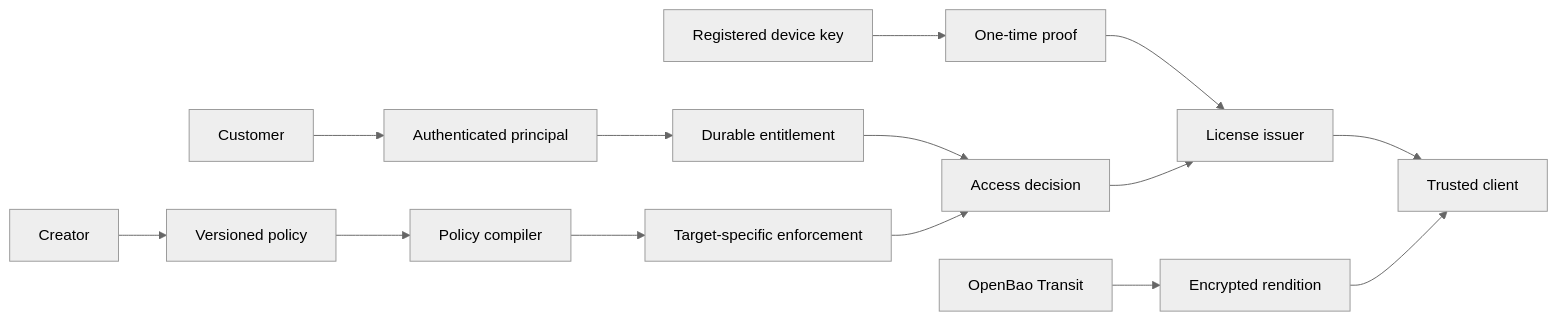
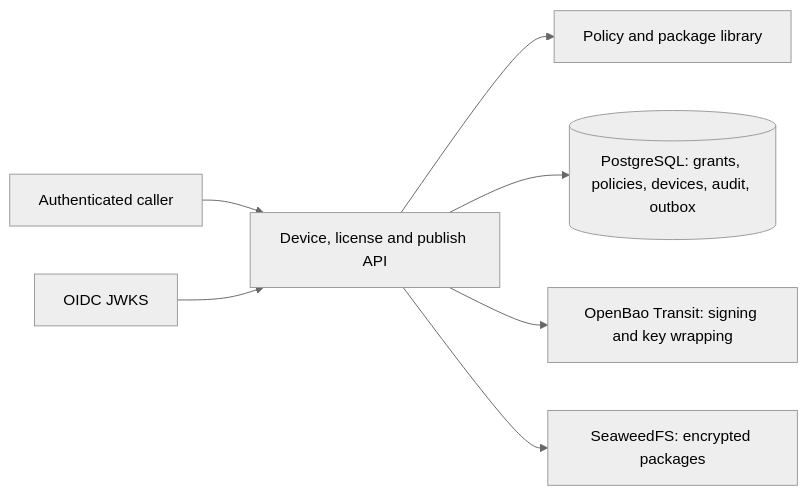
One commit to ildrm/digital-rights-management-platform changed the diagram in docs/architecture.md. Above: the diagram before and after it, drawn with Mermaid (neutral theme). The commit also changed other lines of this file and 38 other files, not shown here.

````diff
--- a/docs/architecture.md
+++ b/docs/architecture.md
@@ -7,16 +9,9 @@
 ```mermaid
 flowchart LR
-  Creator --> Policy[Versioned policy]
-  Policy --> Compiler[Policy compiler]
-  Compiler --> Target[Target-specific enforcement]
-  Customer --> Identity[Authenticated principal]
-  Identity --> Entitlement[Durable entitlement]
-  Entitlement --> Decision[Access decision]
-  Target --> Decision
-  Device[Registered device key] --> Proof[One-time proof]
-  Proof --> License[License issuer]
-  Decision --> License
-  Bao[OpenBao Transit] --> Package[Encrypted rendition]
-  License --> Client[Trusted client]
-  Package --> Client
+  Caller[Authenticated caller] --> API[Device, license and publish API]
+  IdP[OIDC JWKS] --> API
+  API --> Core[Policy and package library]
+  API --> PG[(PostgreSQL: grants, policies, devices, audit, outbox)]
+  API --> Bao[OpenBao Transit: signing and key wrapping]
+  API --> S3[SeaweedFS: encrypted packages]
 ```
````
